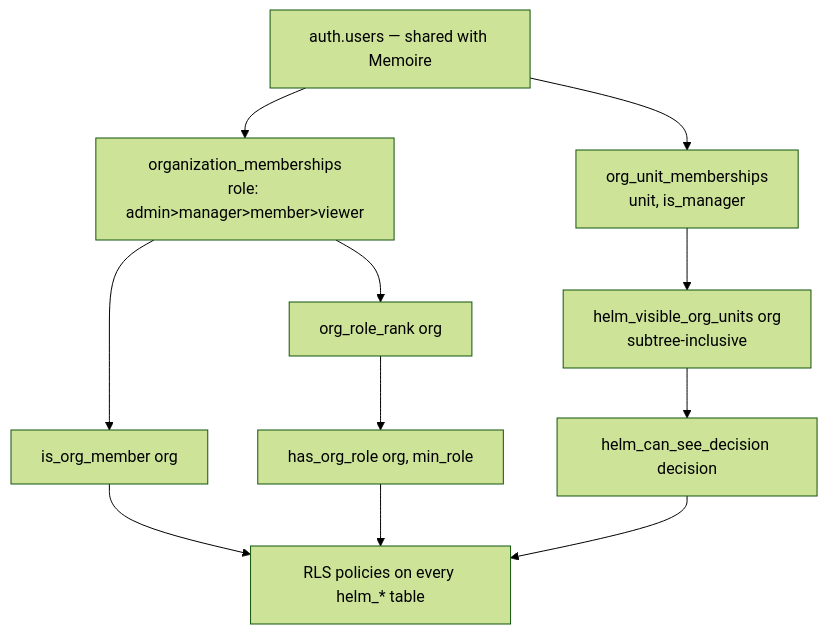
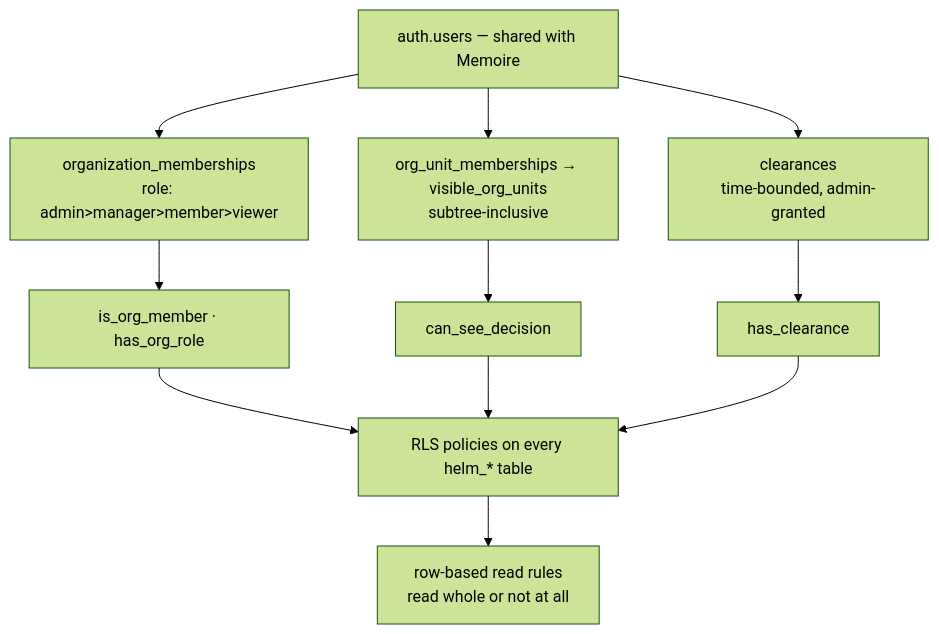
Before and after one commit to enexiaplatform/helm: the diagram in docs/architecture/security-model.md, drawn with Mermaid (forest theme). The commit also changed other lines of this file and 253 other files, not shown here.

````diff
--- a/docs/architecture/security-model.md
+++ b/docs/architecture/security-model.md
@@ -23,13 +26,13 @@
 ```mermaid
 flowchart TB
     U[auth.users — shared with Memoire] --> M[organization_memberships<br/>role: admin>manager>member>viewer]
-    M --> H1[is_org_member org]
-    M --> H2[org_role_rank org]
-    H2 --> H3[has_org_role org, min_role]
+    M --> H1[is_org_member · has_org_role]
+    U --> UM[org_unit_memberships → visible_org_units<br/>subtree-inclusive]
+    U --> CL[clearances<br/>time-bounded, admin-granted]
+    UM --> DV[can_see_decision]
+    CL --> HC[has_clearance]
     H1 --> P[RLS policies on every helm_* table]
-    H3 --> P
-    U --> UM[org_unit_memberships<br/>unit, is_manager]
-    UM --> H4[helm_visible_org_units org<br/>subtree-inclusive]
-    H4 --> H5[helm_can_see_decision decision]
-    H5 --> P
+    DV --> P
+    HC --> P
+    P --> RW[row-based read rules<br/>read whole or not at all]
 ```
````
